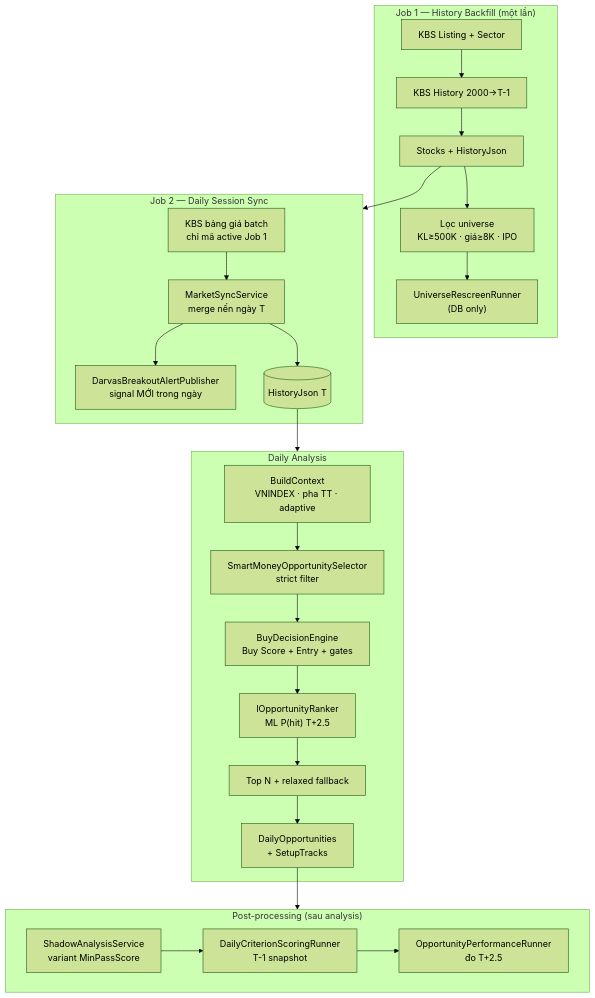
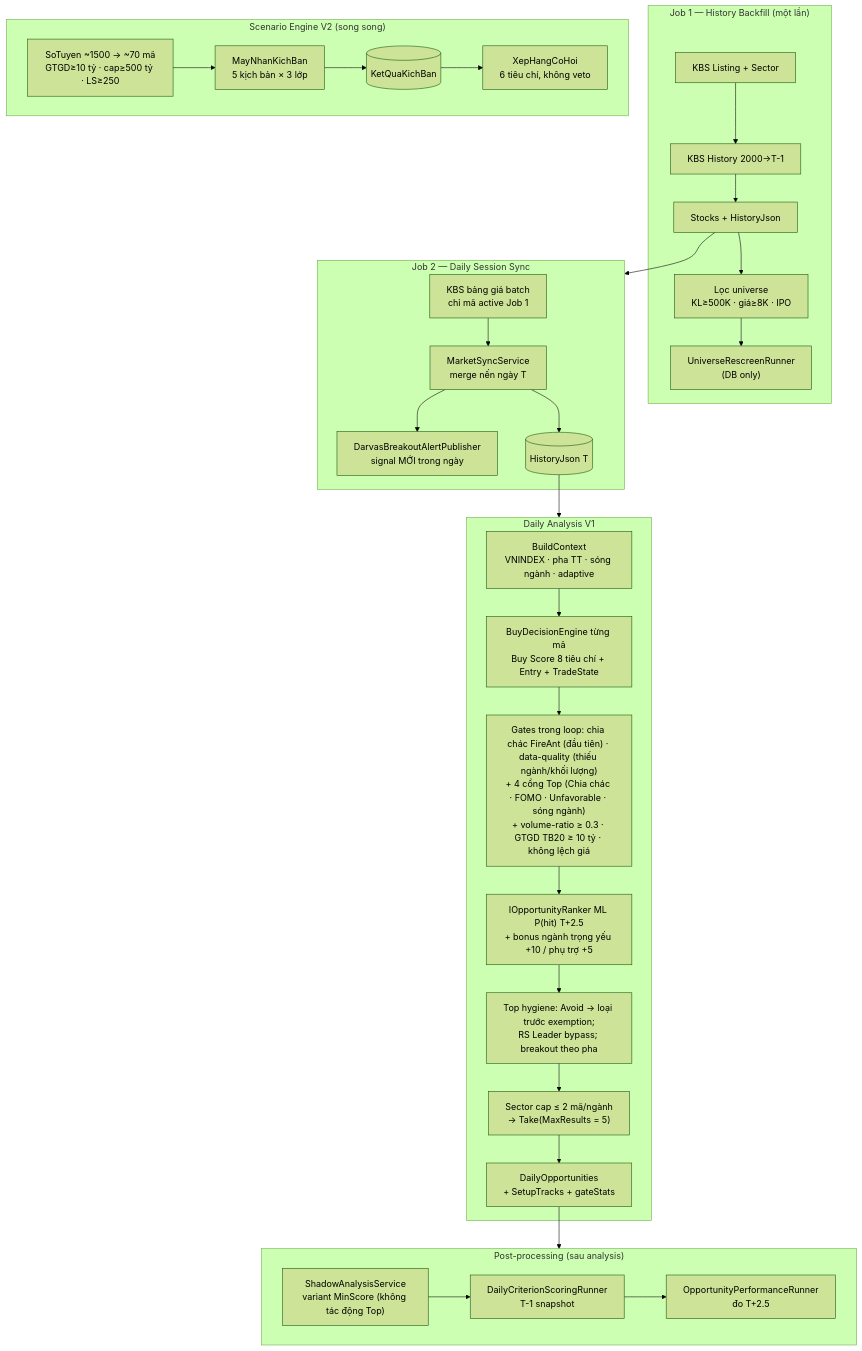
One commit to Benjamincntt/StockRadar changed the third of 8 diagrams in docs/architecture.md. Above: the diagram before and after it, drawn with Mermaid (forest theme). The commit also changed other lines of this file and 19 other files, not shown here.

Commit message:
docs: cổng chia chác FireAnt + canon luồng V2 về pipeline-jobs.md (sự thật chuẩn duy nhất)

````diff
--- a/docs/architecture.md
+++ b/docs/architecture.md
@@ -112,40 +118,49 @@
 ```mermaid
 flowchart TB
     subgraph JOB1["Job 1 — History Backfill (một lần)"]
         L1["KBS Listing + Sector"]
         H1["KBS History 2000→T-1"]
         U1["Lọc universe\nKL≥500K · giá≥8K · IPO"]
         RS["UniverseRescreenRunner\n(DB only)"]
         L1 --> H1 --> SJ["Stocks + HistoryJson"]
         SJ --> U1 --> RS
     end
 
     subgraph JOB2["Job 2 — Daily Session Sync"]
         B2["KBS bảng giá batch\nchỉ mã active Job 1"]
         M2["MarketSyncService\nmerge nến ngày T"]
         D2["DarvasBreakoutAlertPublisher\nsignal MỚI trong ngày"]
         B2 --> M2 --> DB2[("HistoryJson T")]
         M2 --> D2
     end
 
-    subgraph ANALYSIS["Daily Analysis"]
-        CTX["BuildContext\nVNINDEX · pha TT · adaptive"]
-        SM["SmartMoneyOpportunitySelector\nstrict filter"]
-        BD["BuyDecisionEngine\nBuy Score + Entry + gates"]
-        RK["IOpportunityRanker\nML P(hit) T+2.5"]
-        TOP["Top N + relaxed fallback"]
-        SAVE["DailyOpportunities\n+ SetupTracks"]
-        CTX --> SM --> BD --> RK --> TOP --> SAVE
+    subgraph ANALYSIS["Daily Analysis V1"]
+        CTX["BuildContext\nVNINDEX · pha TT · sóng ngành · adaptive"]
+        BD["BuyDecisionEngine từng mã\nBuy Score 8 tiêu chí + Entry + TradeState"]
+        GATES["Gates trong loop: chia chác FireAnt (đầu tiên) · data-quality (thiếu ngành/khối lượng)\n+ 4 cổng Top (Chia chác · FOMO · Unfavorable · sóng ngành)\n+ volume-ratio ≥ 0.3 · GTGD TB20 ≥ 10 tỷ · không lệch giá"]
+        RK["IOpportunityRanker ML P(hit) T+2.5\n+ bonus ngành trọng yếu +10 / phụ trợ +5"]
+        HYG["Top hygiene: Avoid → loại trước exemption;\nRS Leader bypass; breakout theo pha"]
+        CAP["Sector cap ≤ 2 mã/ngành\n→ Take(MaxResults = 5)"]
+        SAVE["DailyOpportunities\n+ SetupTracks + gateStats"]
+        CTX --> BD --> GATES --> RK --> HYG --> CAP --> SAVE
+    end
+
+    subgraph V2["Scenario Engine V2 (song song)"]
+        ST["SoTuyen ~1500 → ~70 mã\nGTGD≥10 tỷ · cap≥500 tỷ · LS≥250"]
+        MK["MayNhanKichBan\n5 kịch bản × 3 lớp"]
+        XH["XepHangCoHoi\n6 tiêu chí, không veto"]
+        KB2[("KetQuaKichBan")]
+        ST --> MK --> KB2 --> XH
     end
 
     subgraph POST["Post-processing (sau analysis)"]
-        SH["ShadowAnalysisService\nvariant MinPassScore"]
+        SH["ShadowAnalysisService\nvariant MinScore (không tác động Top)"]
         CR["DailyCriterionScoringRunner\nT-1 snapshot"]
         PF["OpportunityPerformanceRunner\nđo T+2.5"]
         SH --> CR --> PF
     end
 
     SJ --> JOB2
     DB2 --> ANALYSIS
     SAVE --> POST
 ```
````
